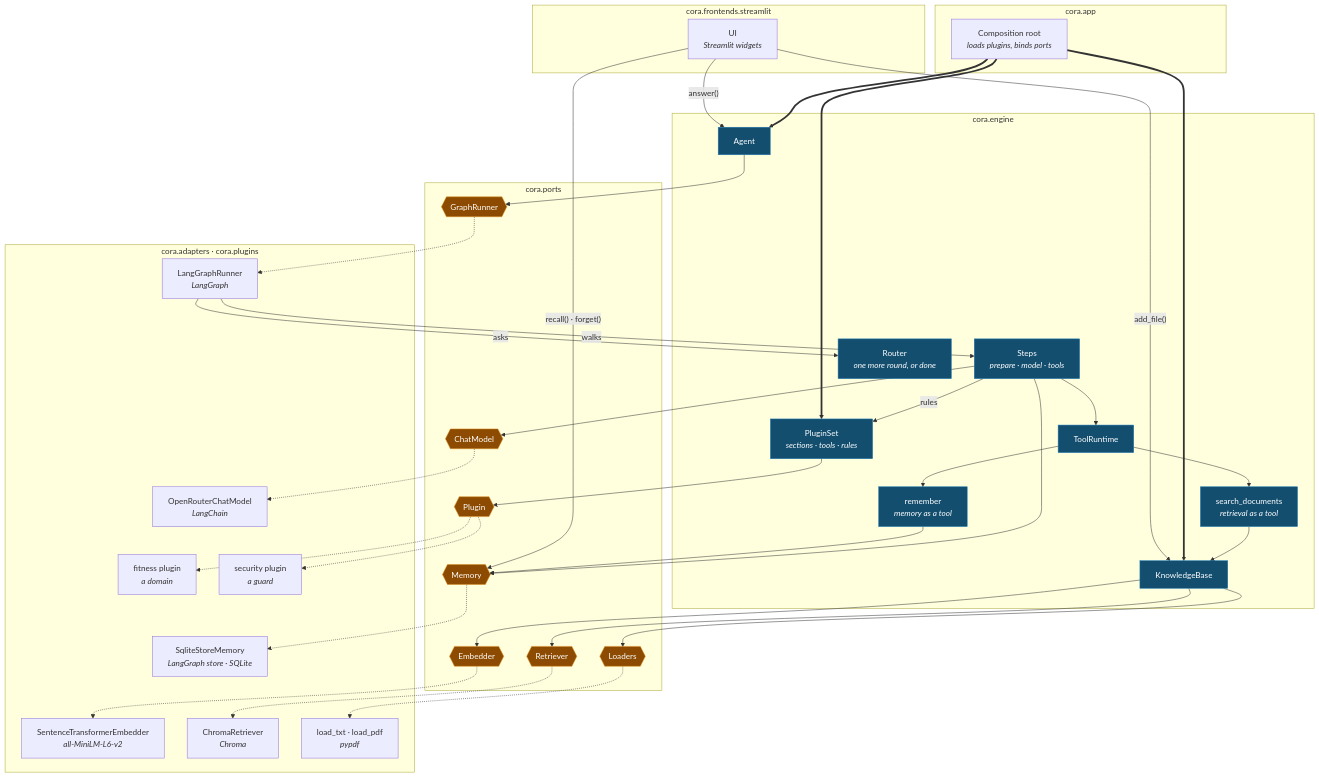
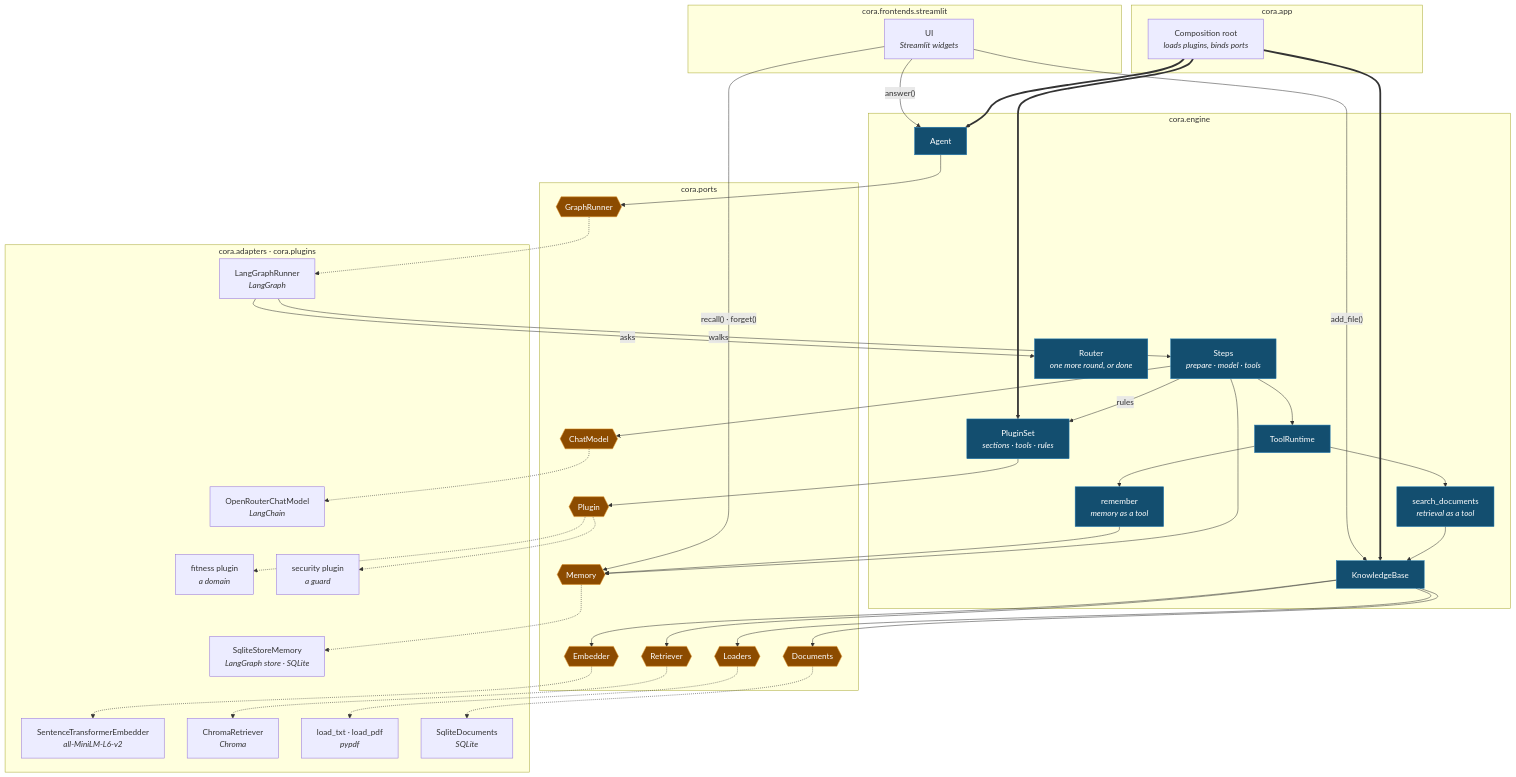
The first of 2 diagrams in docs/big-picture.md (aschog/cora), drawn with Mermaid before and after one commit. The commit also changed other lines of this file and 63 other files, not shown here.

````diff
--- a/docs/big-picture.md
+++ b/docs/big-picture.md
@@ -10,78 +10,82 @@
 ```mermaid
 %%{init: {"flowchart": {"nodeSpacing": 45, "rankSpacing": 55, "curve": "basis"}}}%%
 flowchart TB
   subgraph shell["cora.frontends.streamlit"]
     ui["UI<br/><i>Streamlit widgets</i>"]
   end
 
   subgraph wiring["cora.app"]
     root["Composition root<br/><i>loads plugins, binds ports</i>"]
   end
 
   subgraph core["cora.engine"]
     agent["Agent"]
     steps["Steps<br/><i>prepare · model · tools</i>"]
     router["Router<br/><i>one more round, or done</i>"]
     pset["PluginSet<br/><i>sections · tools · rules</i>"]
     rt["ToolRuntime"]
     search["search_documents<br/><i>retrieval as a tool</i>"]
     remember["remember<br/><i>memory as a tool</i>"]
     kb["KnowledgeBase"]
   end
 
   subgraph seam["cora.ports"]
     gr{{"GraphRunner"}}
     cm{{"ChatModel"}}
     emb{{"Embedder"}}
     ret{{"Retriever"}}
     load{{"Loaders"}}
     mem{{"Memory"}}
+    docs{{"Documents"}}
     plug{{"Plugin"}}
   end
 
   subgraph infra["cora.adapters · cora.plugins"]
     lg["LangGraphRunner<br/><i>LangGraph</i>"]
     orc["OpenRouterChatModel<br/><i>LangChain</i>"]
     ste["SentenceTransformerEmbedder<br/><i>all-MiniLM-L6-v2</i>"]
     chroma["ChromaRetriever<br/><i>Chroma</i>"]
     load_reg["load_txt · load_pdf<br/><i>pypdf</i>"]
     store["SqliteStoreMemory<br/><i>LangGraph store · SQLite</i>"]
+    sqldocs["SqliteDocuments<br/><i>SQLite</i>"]
     fit["fitness plugin<br/><i>a domain</i>"]
     sec["security plugin<br/><i>a guard</i>"]
   end
 
   ui -->|"answer()"| agent
   ui -->|"add_file()"| kb
   ui -->|"recall() · forget()"| mem
   root ==> agent
   root ==> kb
   root ==> pset
   pset --> plug
   agent --> gr
   lg -->|"walks"| steps
   lg -->|"asks"| router
   steps --> cm
   steps -->|"rules"| pset
   steps --> rt
   rt --> search
   rt --> remember
   remember --> mem
   steps --> mem
   search --> kb
   kb --> emb
   kb --> ret
   kb --> load
+  kb --> docs
   gr -.-> lg
   cm -.-> orc
   emb -.-> ste
   ret -.-> chroma
   load -.-> load_reg
   mem -.-> store
+  docs -.-> sqldocs
   plug -.-> fit
   plug -.-> sec
 
   classDef port fill:#8c4b00,stroke:#d98a1f,color:#fff;
   classDef logic fill:#134e6f,stroke:#1f78b4,color:#fff;
-  class gr,cm,emb,ret,load,mem,plug port;
+  class gr,cm,emb,ret,load,mem,docs,plug port;
   class agent,steps,router,pset,rt,search,remember,kb logic;
 ```
````
